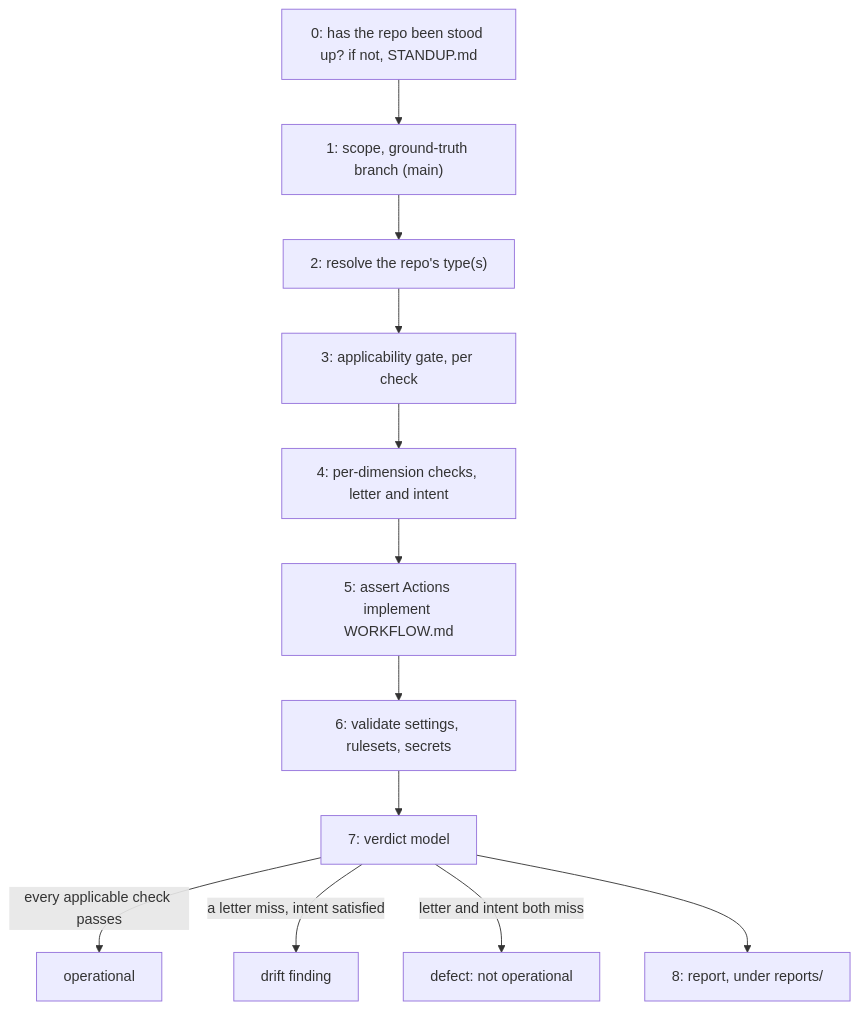
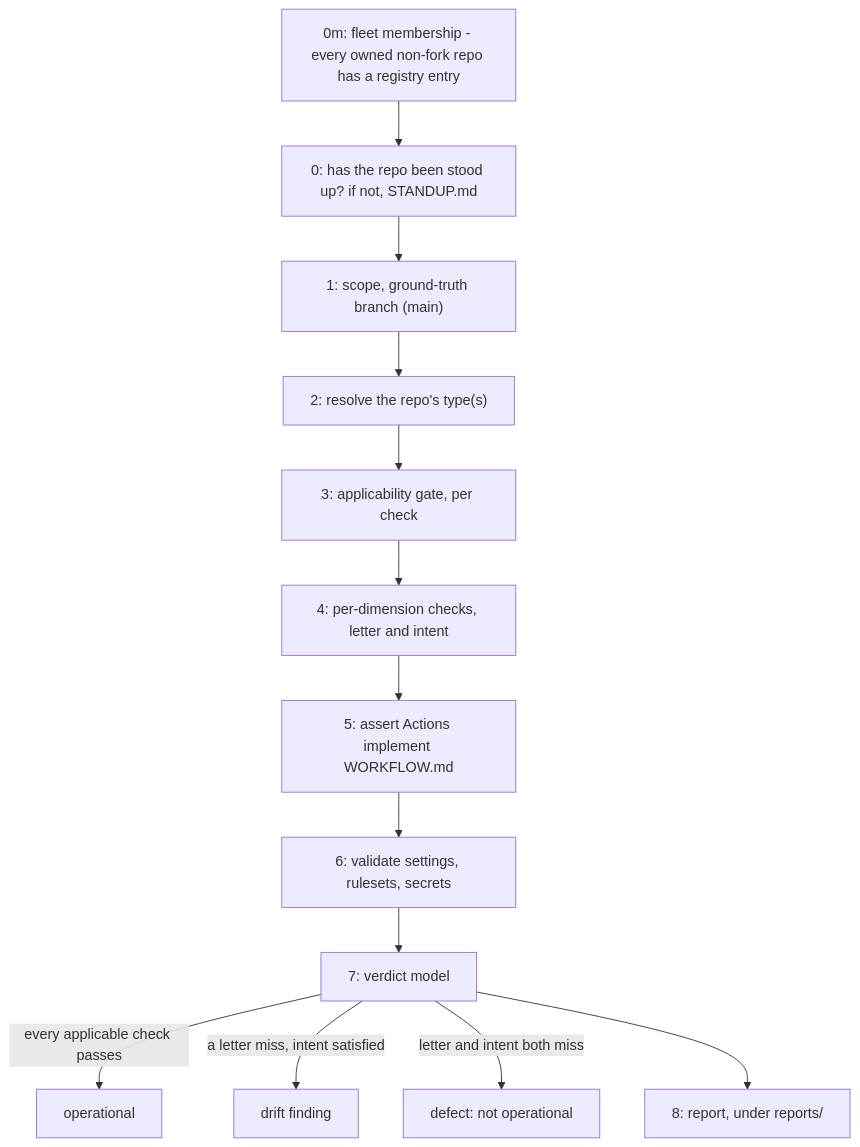
The first of 2 diagrams in AUDIT.md (ptr727/ProjectTemplate), drawn with Mermaid before and after one commit. The commit also changed other lines of this file and 8 other files, not shown here.

First line of the commit message:
Add a Fleet Membership Check to spec/audit.py

````diff
--- a/AUDIT.md
+++ b/AUDIT.md
@@ -10,14 +10,15 @@
 ```mermaid
 flowchart TD
-  s0["0: has the repo been stood up? if not, STANDUP.md"] --> s1["1: scope, ground-truth branch (main)"]
+  s0m["0m: fleet membership - every owned non-fork repo has a registry entry"] --> s0["0: has the repo been stood up? if not, STANDUP.md"]
+  s0 --> s1["1: scope, ground-truth branch (main)"]
   s1 --> s2["2: resolve the repo's type(s)"]
   s2 --> s3["3: applicability gate, per check"]
   s3 --> s4["4: per-dimension checks, letter and intent"]
   s4 --> s5["5: assert Actions implement WORKFLOW.md"]
   s5 --> s6["6: validate settings, rulesets, secrets"]
   s6 --> s7["7: verdict model"]
   s7 -->|"every applicable check passes"| operational["operational"]
   s7 -->|"a letter miss, intent satisfied"| drift["drift finding"]
   s7 -->|"letter and intent both miss"| defect["defect: not operational"]
   s7 --> s8["8: report, under reports/"]
 ```
````
